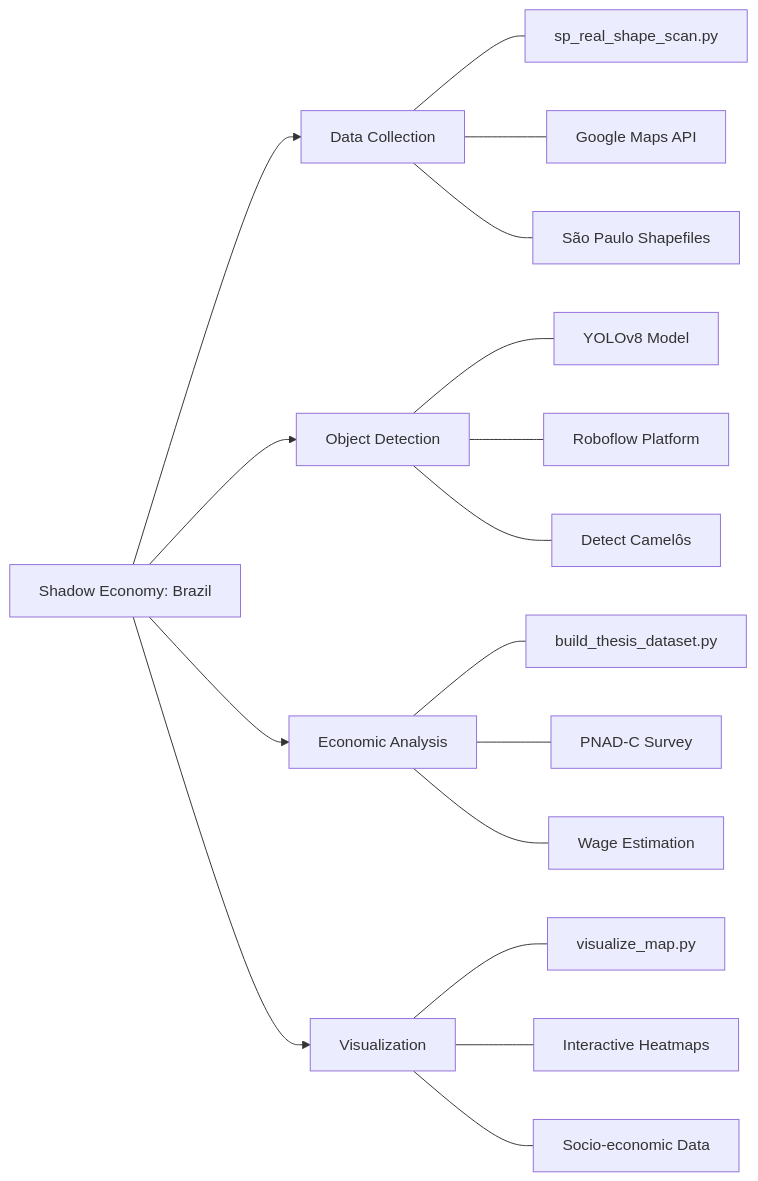
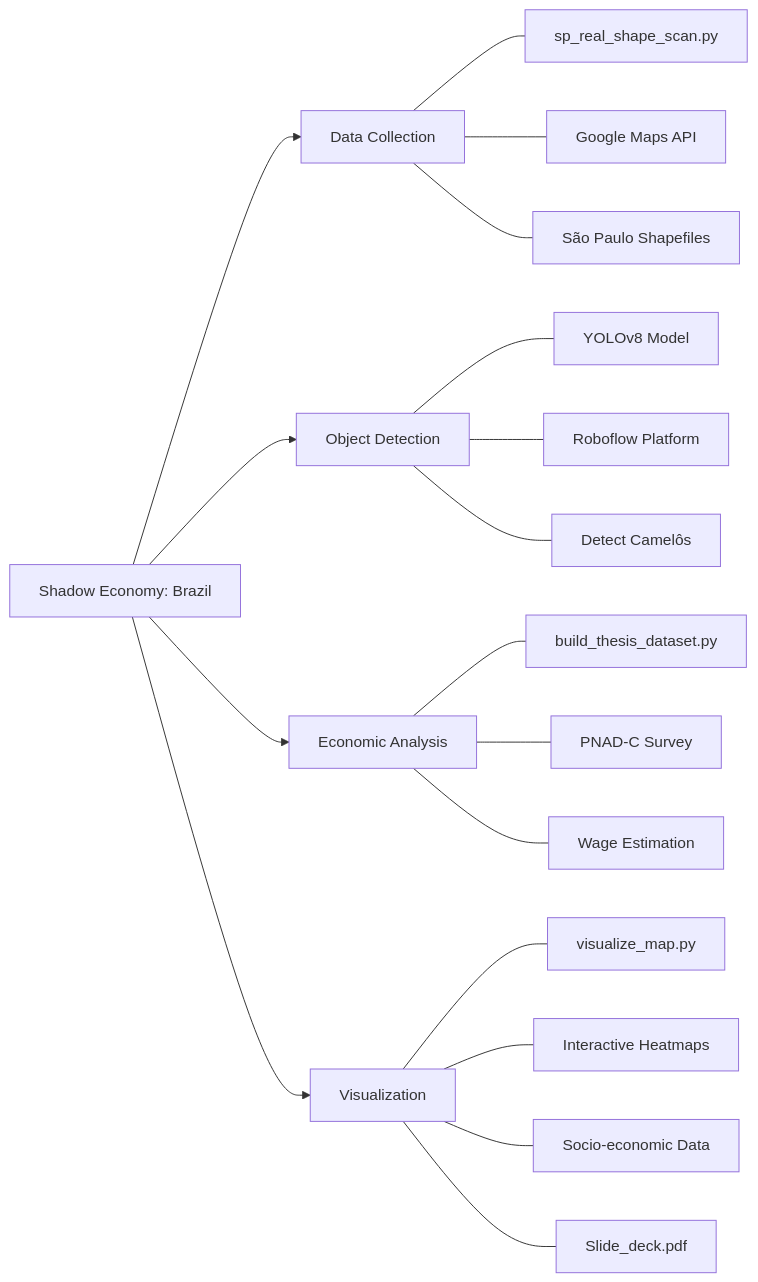
The diagram in README.md (CarolBraga9/Informal-Markets-Brazil), drawn with Mermaid before and after one commit. The commit also changed other lines of this file, not shown here.

````diff
--- a/README.md
+++ b/README.md
@@ -71,30 +73,31 @@
 ```mermaid
 flowchart LR
     Root[Shadow Economy: Brazil]
 
     %% Main Branches
     Root --> DC[Data Collection]
     Root --> OD[Object Detection]
     Root --> EA[Economic Analysis]
     Root --> V[Visualization]
 
     %% Data Collection Leaves
     DC --- DC1[sp_real_shape_scan.py]
     DC --- DC2[Google Maps API]
     DC --- DC3[São Paulo Shapefiles]
 
     %% Object Detection Leaves
     OD --- OD1[YOLOv8 Model]
     OD --- OD2[Roboflow Platform]
     OD --- OD3[Detect Camelôs]
 
     %% Economic Analysis Leaves
     EA --- EA1[build_thesis_dataset.py]
     EA --- EA2[PNAD-C Survey]
     EA --- EA3[Wage Estimation]
 
     %% Visualization Leaves
     V --- V1[visualize_map.py]
     V --- V2[Interactive Heatmaps]
     V --- V3[Socio-economic Data]
+    V --- V4[Slide_deck.pdf]
 ```
````
